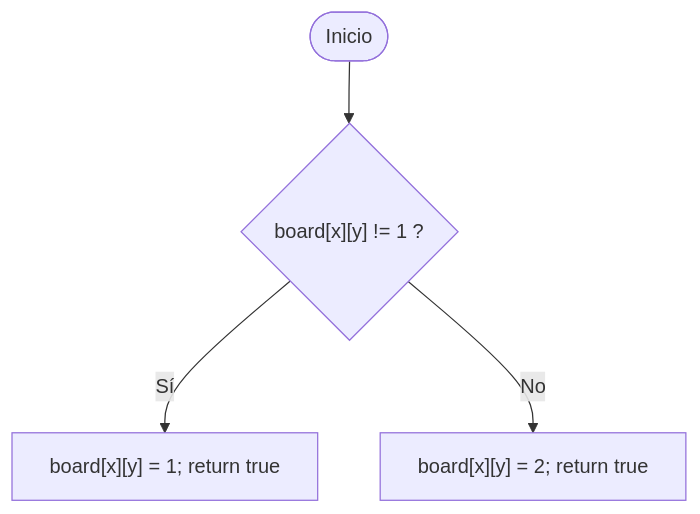
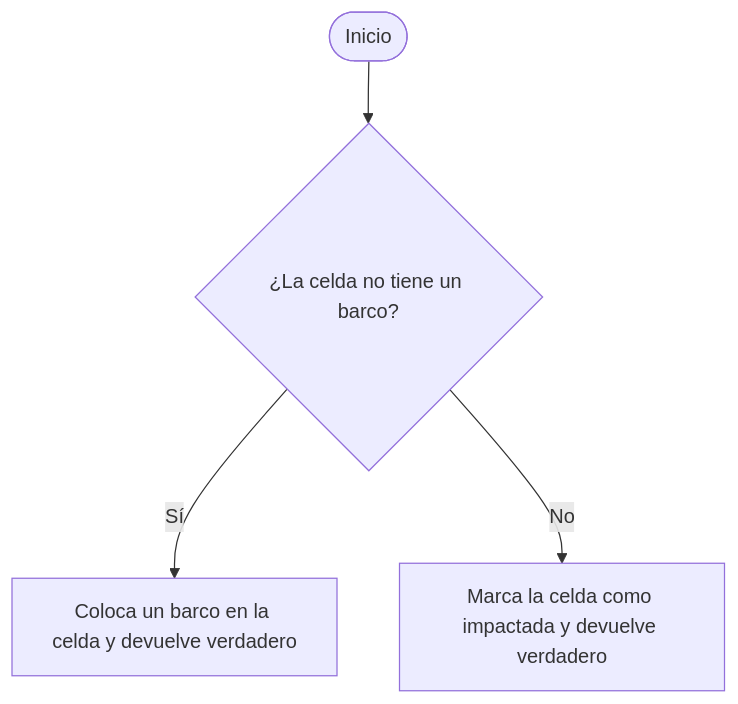
One commit to 8ismel6/1MD-ProyectoFinal changed diagram 16 of 33 in README.md. Above: the diagram before and after it, drawn with Mermaid. The commit also changed other lines of this file and 1 other file, not shown here.

````diff
--- a/README.md
+++ b/README.md
@@ -583,6 +571,6 @@
 ```mermaid
 flowchart TD
-A(["Inicio"]) --> B{"board[x][y] != 1 ?"}
-B -- "Sí" --> C["board[x][y] = 1; return true"]
-B -- "No" --> D["board[x][y] = 2; return true"]
+A(["Inicio"]) --> B{"¿La celda no tiene un barco?"}
+B -- "Sí" --> C["Coloca un barco en la celda y devuelve verdadero"]
+B -- "No" --> D["Marca la celda como impactada y devuelve verdadero"]
 ```
````
